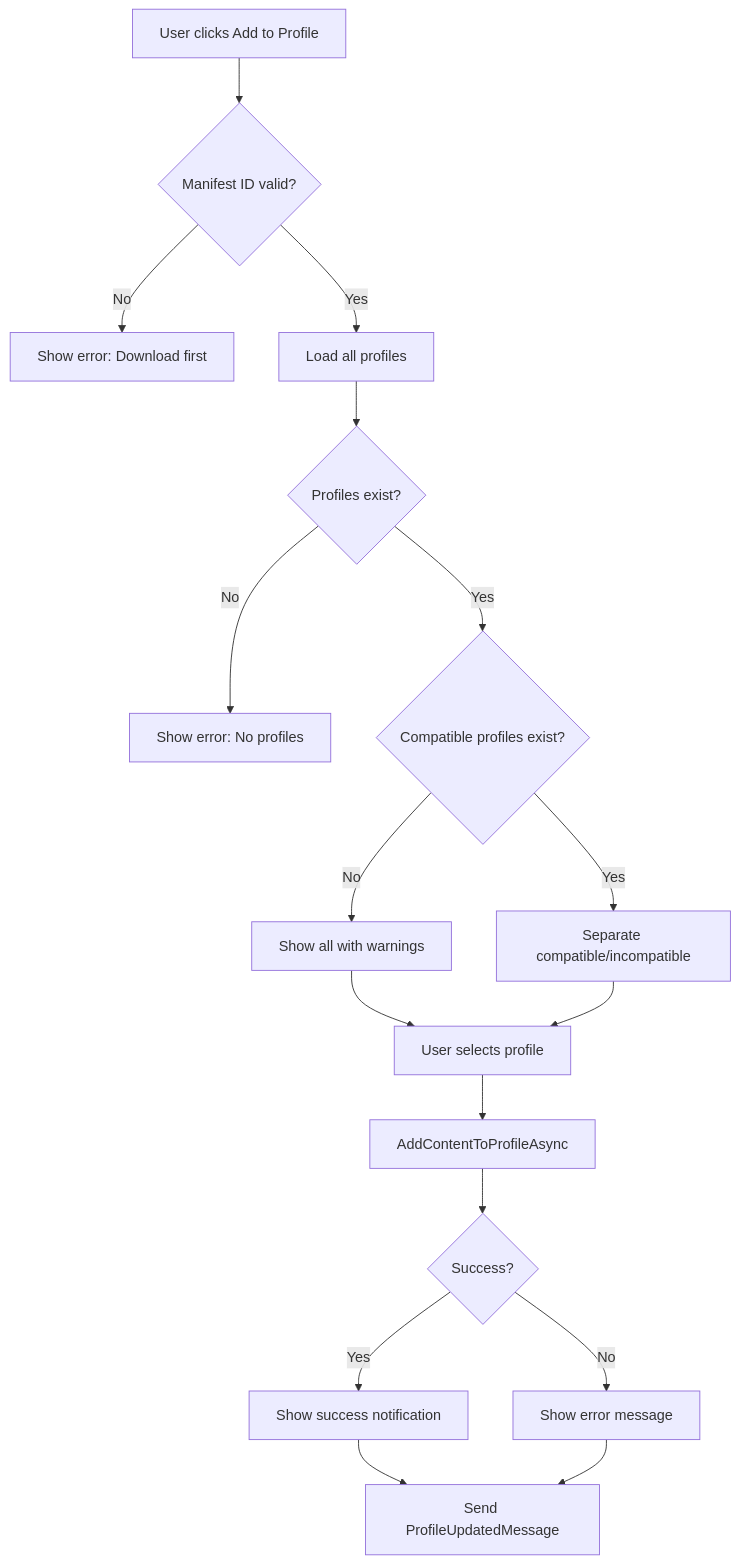
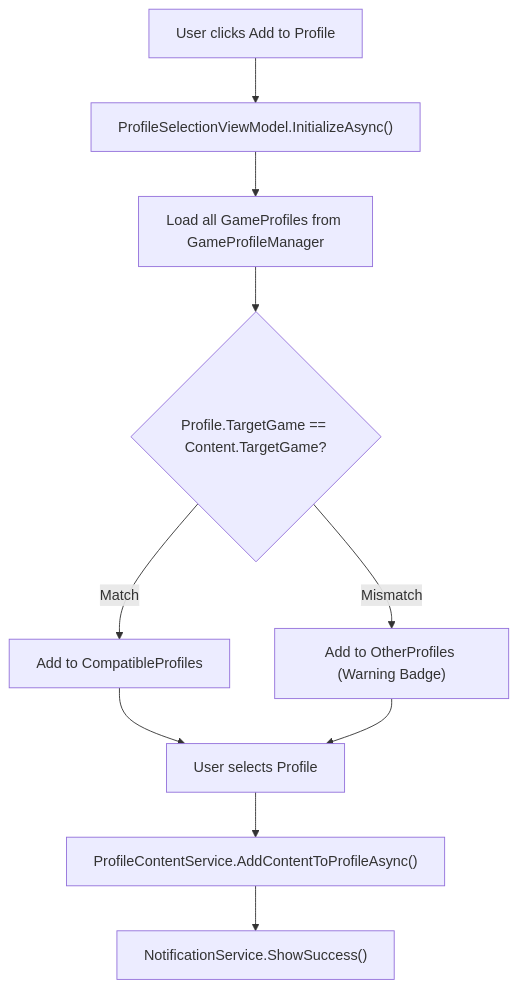
One commit to undead2146/GenHub changed the fifth of 5 diagrams in docs/features/downloads.md. Above: the diagram before and after it, drawn with Mermaid. The commit also changed other lines of this file and 20 other files, not shown here.

````diff
--- a/docs/features/downloads.md
+++ b/docs/features/downloads.md
@@ -505,24 +335,13 @@
 ```mermaid
 flowchart TD
-    A[User clicks Add to Profile] --> B{Manifest ID valid?}
-    B -->|No| C[Show error: Download first]
-    B -->|Yes| D[Load all profiles]
+    A["User clicks Add to Profile"] --> B["ProfileSelectionViewModel.InitializeAsync()"]
+    B --> C["Load all GameProfiles from GameProfileManager"]
+    C --> D{"Profile.TargetGame == Content.TargetGame?"}
+    D -->|Match| E["Add to CompatibleProfiles"]
+    D -->|Mismatch| F["Add to OtherProfiles (Warning Badge)"]
 
-    D --> E{Profiles exist?}
-    E -->|No| F[Show error: No profiles]
-    E -->|Yes| G{Compatible profiles exist?}
-
-    G -->|No| H[Show all with warnings]
-    G -->|Yes| I[Separate compatible/incompatible]
-
-    H --> J[User selects profile]
-    I --> J
-
-    J --> K[AddContentToProfileAsync]
-    K --> L{Success?}
-    L -->|Yes| M[Show success notification]
-    L -->|No| N[Show error message]
-
-    M --> O[Send ProfileUpdatedMessage]
-    N --> O
+    E --> G["User selects Profile"]
+    F --> G
+    G --> H["ProfileContentService.AddContentToProfileAsync()"]
+    H --> I["NotificationService.ShowSuccess()"]
 ```
````
